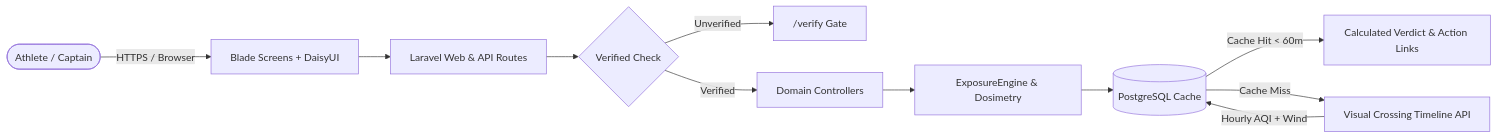
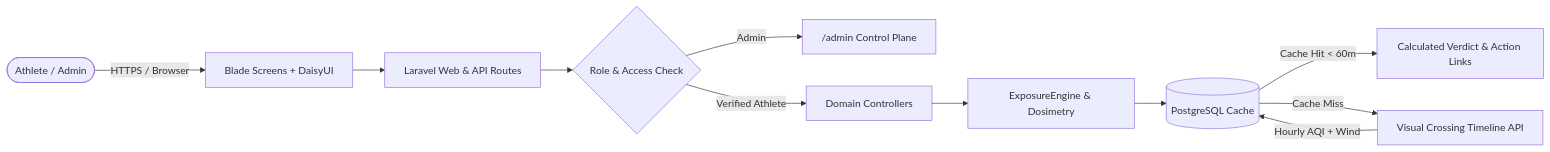
One commit to rafifmsn/alveo changed the diagram in README.md. Above: the diagram before and after it, drawn with Mermaid. The commit also changed other lines of this file and 40 other files, not shown here.

Commit message:
feat(admin): add role-separated admin panel, env seeding, and landing updates (#8)

````diff
--- a/README.md
+++ b/README.md
@@ -109,13 +110,13 @@
 ```mermaid
 flowchart LR
-    Athlete([Athlete / Captain]) -->|HTTPS / Browser| UI[Blade Screens + DaisyUI]
+    Athlete([Athlete / Admin]) -->|HTTPS / Browser| UI[Blade Screens + DaisyUI]
     UI --> Router[Laravel Web & API Routes]
-    Router --> Auth{Verified Check}
-    Auth -->|Unverified| VerifyPage["/verify Gate"]
-    Auth -->|Verified| Controllers[Domain Controllers]
+    Router --> RoleGate{Role & Access Check}
+    RoleGate -->|Admin| AdminPanel["/admin Control Plane"]
+    RoleGate -->|Verified Athlete| Controllers[Domain Controllers]
     Controllers --> Engine[ExposureEngine & Dosimetry]
     Engine --> CacheRepo[(PostgreSQL Cache)]
     CacheRepo -->|Cache Hit < 60m| Response[Calculated Verdict & Action Links]
     CacheRepo -->|Cache Miss| VisualCrossing[Visual Crossing Timeline API]
     VisualCrossing -->|Hourly AQI + Wind| CacheRepo
 ```
````
